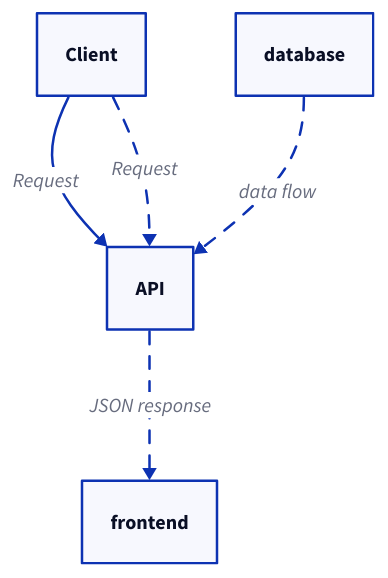
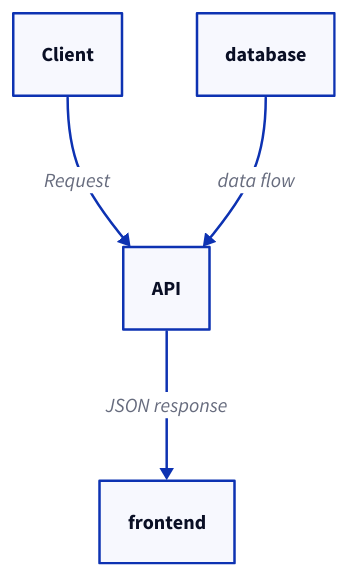
Before and after one commit to tallyfy/documentation: diagram 14 of 17 in D2-DIAGRAMS.md, drawn with D2. The commit also changed other lines of this file and 12 other files, not shown here.

````diff
--- a/D2-DIAGRAMS.md
+++ b/D2-DIAGRAMS.md
@@ -691,17 +684,5 @@
-```d2
-# Static arrow (default)
-Client -> API: Request
-
-# Animated arrow (marching ants effect)
-Client -> API: Request {
-  style.animated: true
-}
-
-# Multiple animated connections
-database -> api: data flow {
-  style.animated: true
-}
-api -> frontend: JSON response {
-  style.animated: true
-}
-```
+  ```d2
+  Client -> API: Request
+  database -> api: data flow
+  api -> frontend: JSON response
+  ```
````
